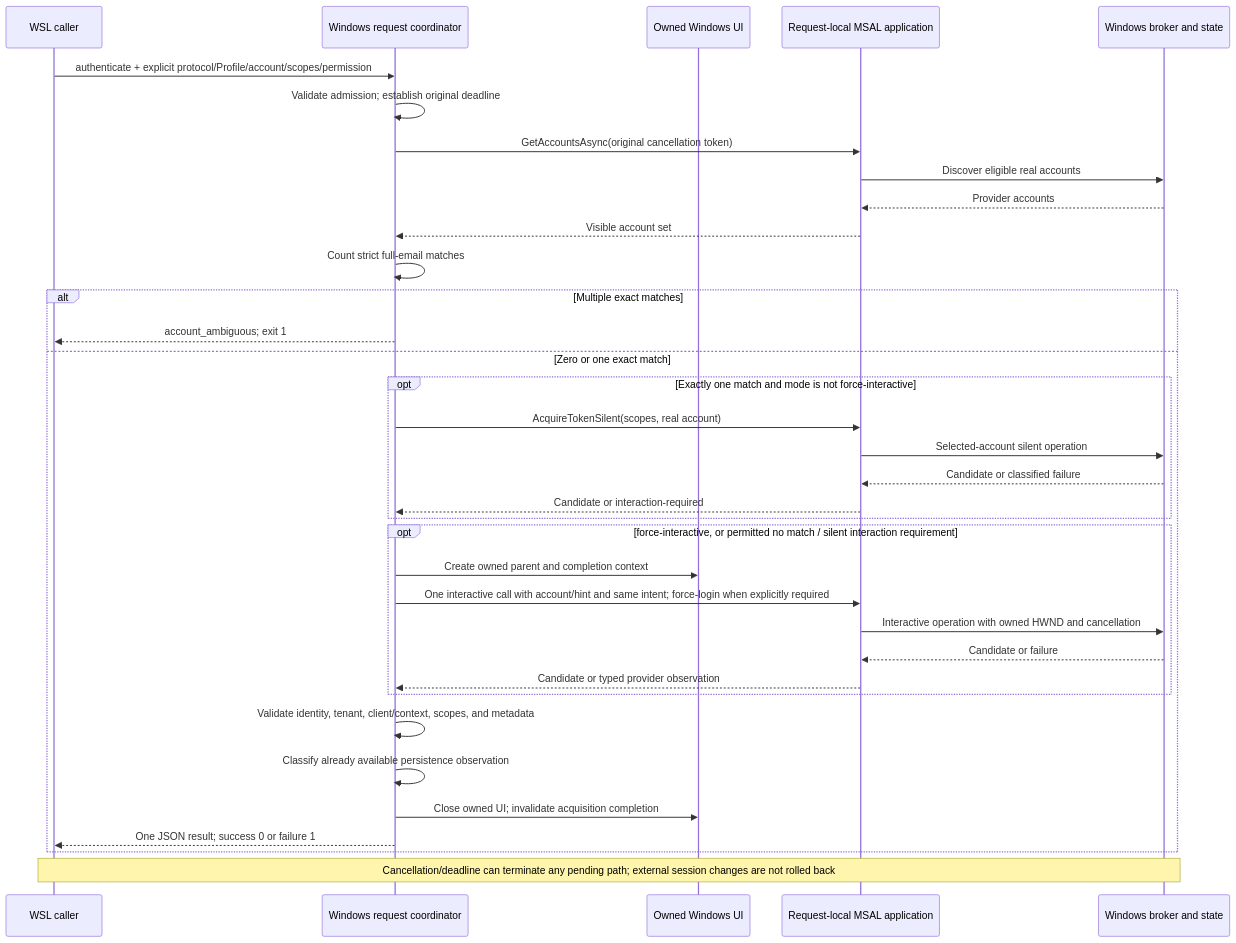
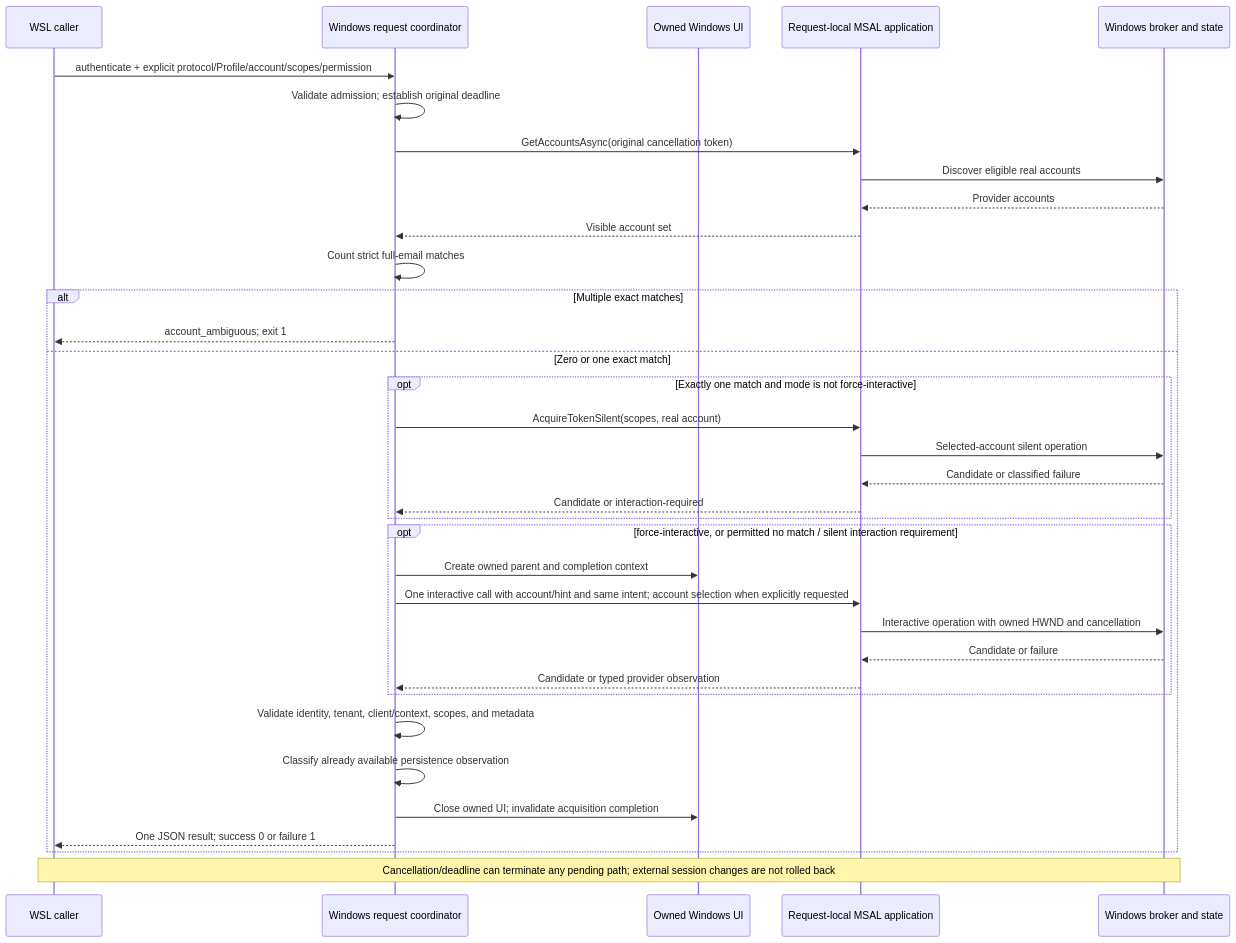
Before and after one commit to hcoona/microsoft-authentication-cli: the second of 4 diagrams in docs/designs/windows-ado-authentication.md, drawn with Mermaid. The commit also changed other lines of this file and 8 other files, not shown here.

First line of the commit message:
docs(auth): define forced interaction as WAM account selection

````diff
--- a/docs/designs/windows-ado-authentication.md
+++ b/docs/designs/windows-ado-authentication.md
@@ -658,37 +677,37 @@
 ```mermaid
 sequenceDiagram
     participant Caller as WSL caller
     participant CLI as Windows request coordinator
     participant UI as Owned Windows UI
     participant MSAL as Request-local MSAL application
     participant WAM as Windows broker and state
     Caller->>CLI: authenticate + explicit protocol/Profile/account/scopes/permission
     CLI->>CLI: Validate admission#59; establish original deadline
     CLI->>MSAL: GetAccountsAsync(original cancellation token)
     MSAL->>WAM: Discover eligible real accounts
     WAM-->>MSAL: Provider accounts
     MSAL-->>CLI: Visible account set
     CLI->>CLI: Count strict full-email matches
     alt Multiple exact matches
         CLI-->>Caller: account_ambiguous#59; exit 1
     else Zero or one exact match
         opt Exactly one match and mode is not force-interactive
             CLI->>MSAL: AcquireTokenSilent(scopes, real account)
             MSAL->>WAM: Selected-account silent operation
             WAM-->>MSAL: Candidate or classified failure
             MSAL-->>CLI: Candidate or interaction-required
         end
         opt force-interactive, or permitted no match / silent interaction requirement
             CLI->>UI: Create owned parent and completion context
-            CLI->>MSAL: One interactive call with account/hint and same intent#59; force-login when explicitly required
+            CLI->>MSAL: One interactive call with account/hint and same intent#59; account selection when explicitly requested
             MSAL->>WAM: Interactive operation with owned HWND and cancellation
             WAM-->>MSAL: Candidate or failure
             MSAL-->>CLI: Candidate or typed provider observation
         end
         CLI->>CLI: Validate identity, tenant, client/context, scopes, and metadata
         CLI->>CLI: Classify already available persistence observation
         CLI->>UI: Close owned UI#59; invalidate acquisition completion
         CLI-->>Caller: One JSON result#59; success 0 or failure 1
     end
     Note over Caller,WAM: Cancellation/deadline can terminate any pending path#59; external session changes are not rolled back
 ```
````
